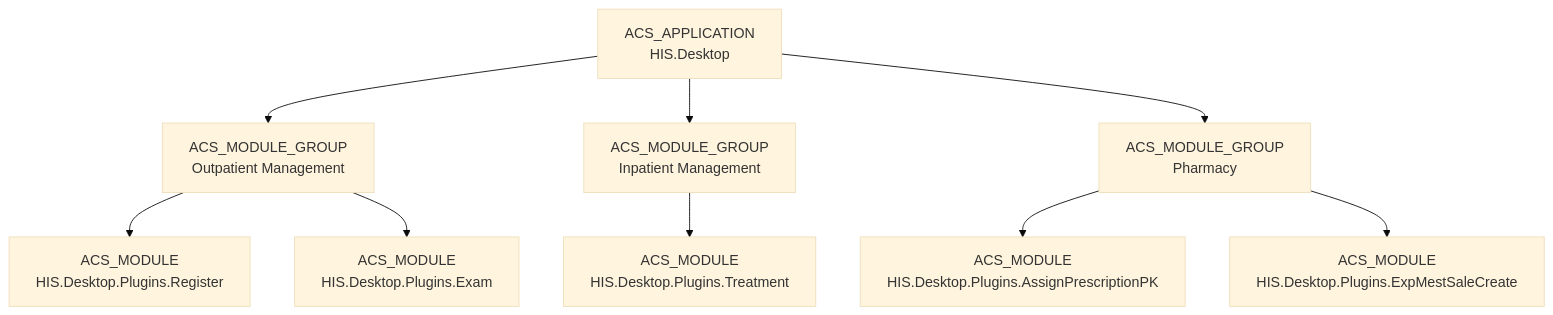
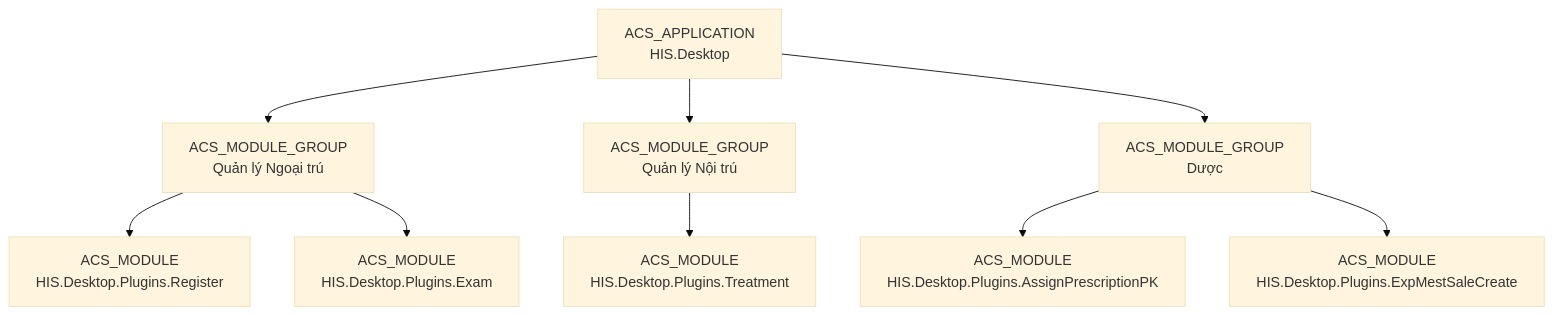
One commit to thangpnb/HIS changed the fifth of 16 diagrams in docs/his-ba-documentation/03-business-domains/administration/access-control.md. Above: the diagram before and after it, drawn with Mermaid (base theme). The commit also changed other lines of this file and 30 other files, not shown here.

Commit message:
Refactor architecture docs and update translations

````diff
--- a/docs/his-ba-documentation/03-business-domains/administration/access-control.md
+++ b/docs/his-ba-documentation/03-business-domains/administration/access-control.md
@@ -273,24 +273,24 @@
 ```mermaid
 graph TD
     AcsApp["ACS_APPLICATION<br/>HIS.Desktop"]
     
-    OutpatientGroup["ACS_MODULE_GROUP<br/>Outpatient Management"]
-    InpatientGroup["ACS_MODULE_GROUP<br/>Inpatient Management"]
-    PharmacyGroup["ACS_MODULE_GROUP<br/>Pharmacy"]
+    OutpatientGroup["ACS_MODULE_GROUP<br/>Quản lý Ngoại trú"]
+    InpatientGroup["ACS_MODULE_GROUP<br/>Quản lý Nội trú"]
+    PharmacyGroup["ACS_MODULE_GROUP<br/>Dược"]
     
     Register["ACS_MODULE<br/>HIS.Desktop.Plugins.Register"]
     Exam["ACS_MODULE<br/>HIS.Desktop.Plugins.Exam"]
     Treatment["ACS_MODULE<br/>HIS.Desktop.Plugins.Treatment"]
     Prescription["ACS_MODULE<br/>HIS.Desktop.Plugins.AssignPrescriptionPK"]
     ExpMest["ACS_MODULE<br/>HIS.Desktop.Plugins.ExpMestSaleCreate"]
     
     AcsApp --> OutpatientGroup
     AcsApp --> InpatientGroup
     AcsApp --> PharmacyGroup
     
     OutpatientGroup --> Register
     OutpatientGroup --> Exam
     InpatientGroup --> Treatment
     PharmacyGroup --> Prescription
     PharmacyGroup --> ExpMest
 ```
````
